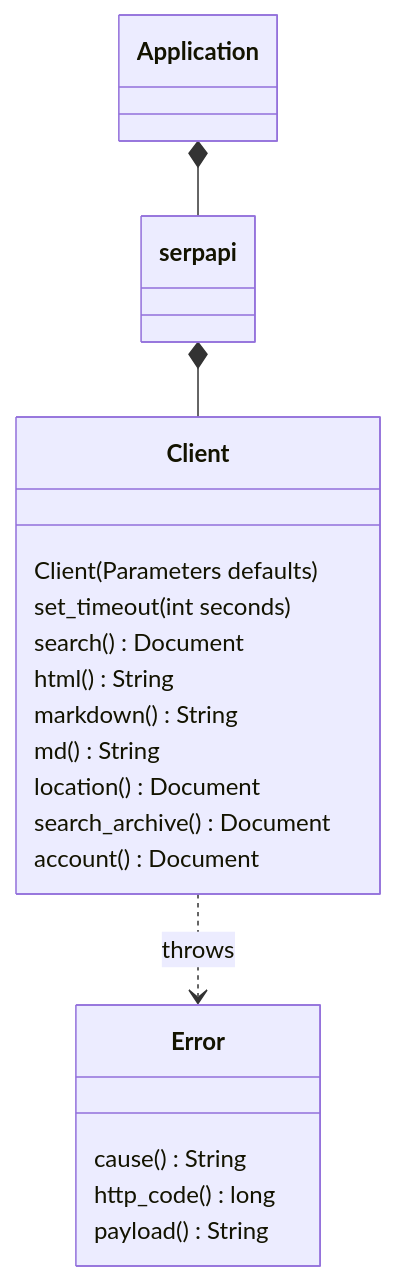
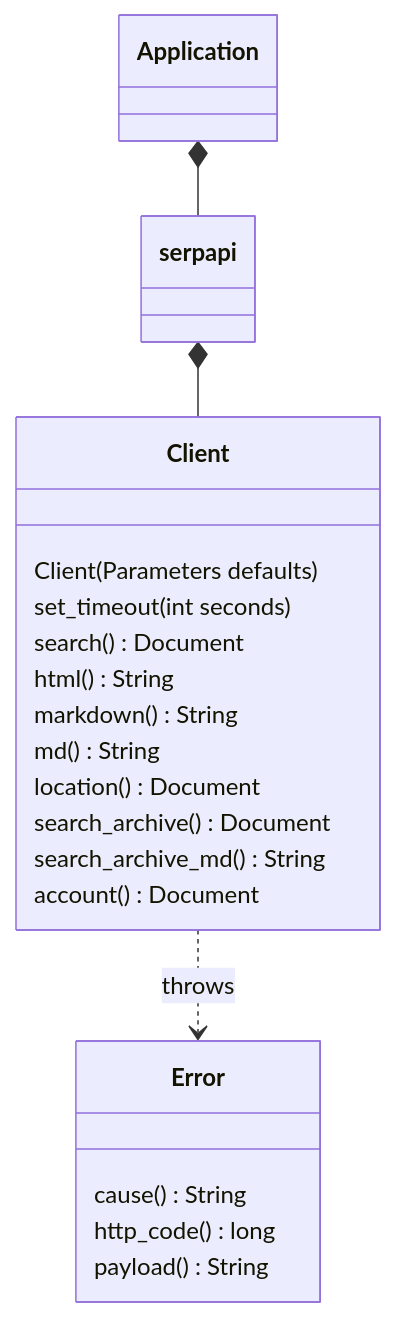
The diagram in README.md (serpapi/serpapi-cpp), drawn with Mermaid before and after one commit. The commit also changed other lines of this file and 5 other files, not shown here.

Commit message:
Add search_archive_md(); document Markdown output; test output is forced to md

````diff
--- a/README.md
+++ b/README.md
@@ -445,22 +451,23 @@
 ```mermaid
 classDiagram
   Application *-- serpapi 
   serpapi *-- Client
   class Client {
     Client(Parameters defaults)
     set_timeout(int seconds)
     search() Document
     html() String
     markdown() String
     md() String
     location() Document
     search_archive() Document
+    search_archive_md() String
     account() Document
   }
   Client ..> Error : throws
   class Error {
     cause() String
     http_code() long
     payload() String
   }
 ```
````
